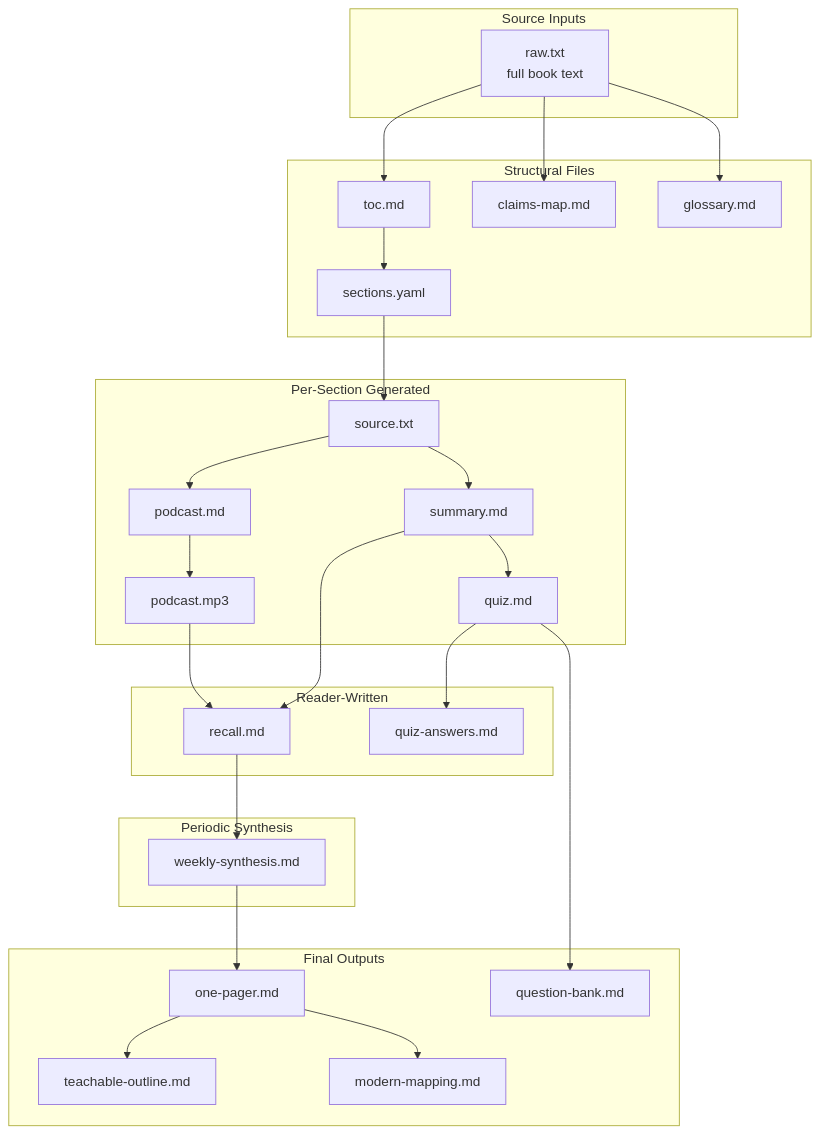
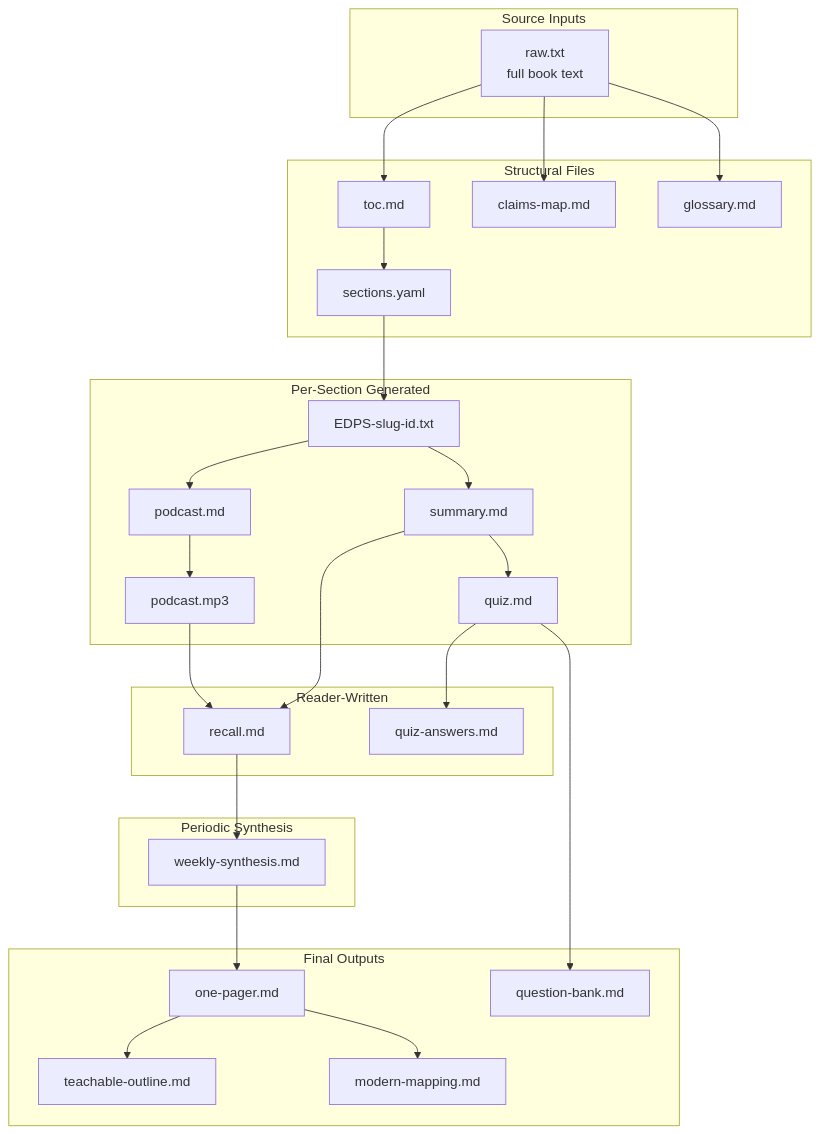
Before and after one commit to varunr89/edps-method: the sixth of 7 diagrams in docs/workflow-diagram.md, drawn with Mermaid. The commit also changed other lines of this file and 1 other file, not shown here.

First line of the commit message:
docs: update documentation for new source file naming

````diff
--- a/docs/workflow-diagram.md
+++ b/docs/workflow-diagram.md
@@ -941,58 +941,58 @@
 ```mermaid
 flowchart TD
     subgraph INPUTS["Source Inputs"]
         RAW[raw.txt<br/>full book text]
     end
 
     subgraph STRUCTURE["Structural Files"]
         TOC[toc.md]
         CLAIMS[claims-map.md]
         GLOSS[glossary.md]
         SECYAML[sections.yaml]
     end
 
     subgraph PERSECTION["Per-Section Generated"]
-        SRC[source.txt]
+        SRC[EDPS-slug-id.txt]
         SUM[summary.md]
         POD[podcast.md]
         QUIZ[quiz.md]
         AUDIO[podcast.mp3]
     end
 
     subgraph YOUWRITE["Reader-Written"]
         RECALL[recall.md]
         QUIZANS[quiz-answers.md]
     end
 
     subgraph PERIODIC["Periodic Synthesis"]
         WEEKLY[weekly-synthesis.md]
     end
 
     subgraph FINAL["Final Outputs"]
         ONEP[one-pager.md]
         TEACH[teachable-outline.md]
         QBANK[question-bank.md]
         MODERN[modern-mapping.md]
     end
 
     RAW --> TOC
     RAW --> CLAIMS
     RAW --> GLOSS
     TOC --> SECYAML
     SECYAML --> SRC
 
     SRC --> SUM
     SRC --> POD
     SUM --> QUIZ
     POD --> AUDIO
 
     AUDIO --> RECALL
     SUM --> RECALL
     QUIZ --> QUIZANS
 
     RECALL --> WEEKLY
     WEEKLY --> ONEP
     ONEP --> TEACH
     QUIZ --> QBANK
     ONEP --> MODERN
 ```
````
